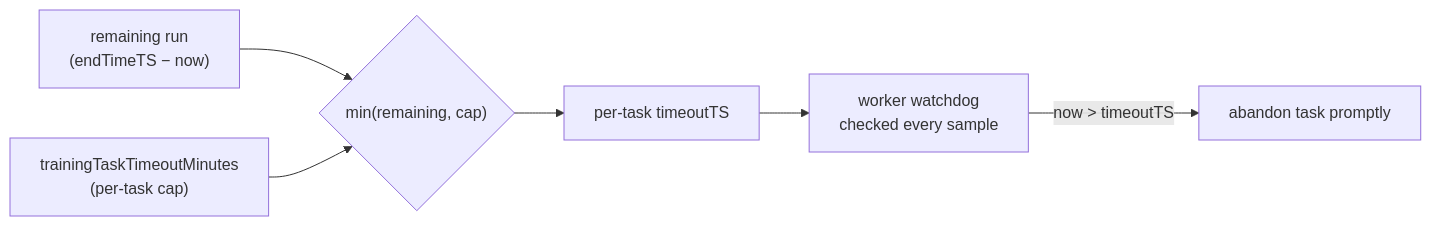
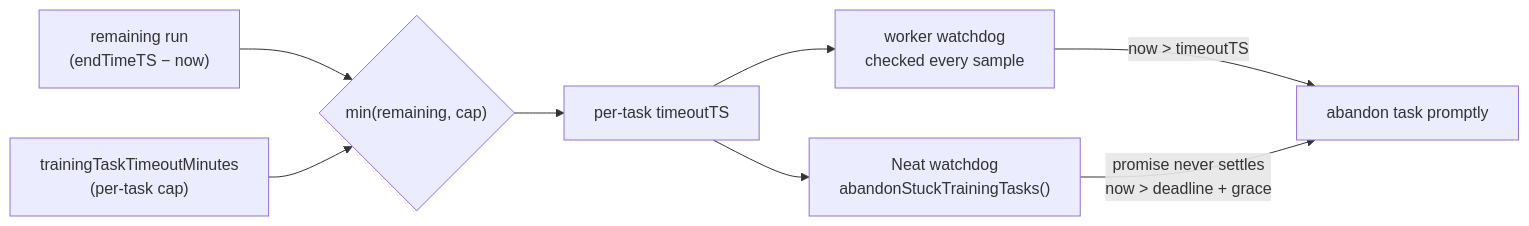
The diagram in docs/archive/pr-summaries/pr-summary-3053.md (stSoftwareAU/NEAT-AI), drawn with Mermaid before and after one commit. The commit also changed other lines of this file and 7 other files, not shown here.

First line of the commit message:
Add incremental stuck-task watchdog for per-training-task cap (Issue #3053)

````diff
--- a/docs/archive/pr-summaries/pr-summary-3053.md
+++ b/docs/archive/pr-summaries/pr-summary-3053.md
@@ -49,8 +61,10 @@
 ```mermaid
 flowchart LR
     R["remaining run<br/>(endTimeTS − now)"] --> M{"min(remaining, cap)"}
     C["trainingTaskTimeoutMinutes<br/>(per-task cap)"] --> M
     M --> T["per-task timeoutTS"]
     T --> W["worker watchdog<br/>checked every sample"]
     W -->|"now &gt; timeoutTS"| A["abandon task promptly"]
+    T --> N["Neat watchdog<br/>abandonStuckTrainingTasks()"]
+    N -->|"promise never settles<br/>now &gt; deadline + grace"| A
 ```
````
